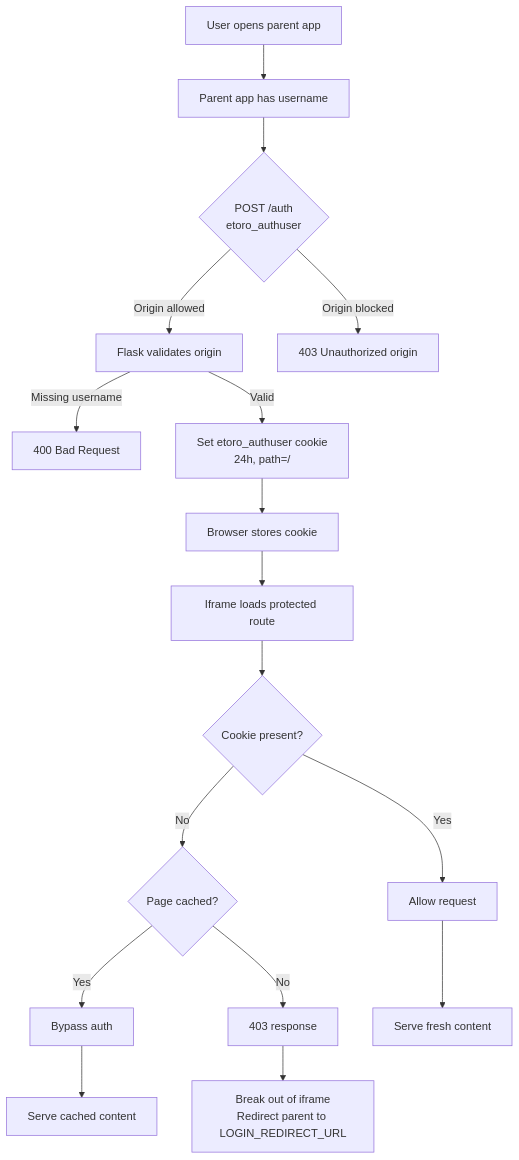
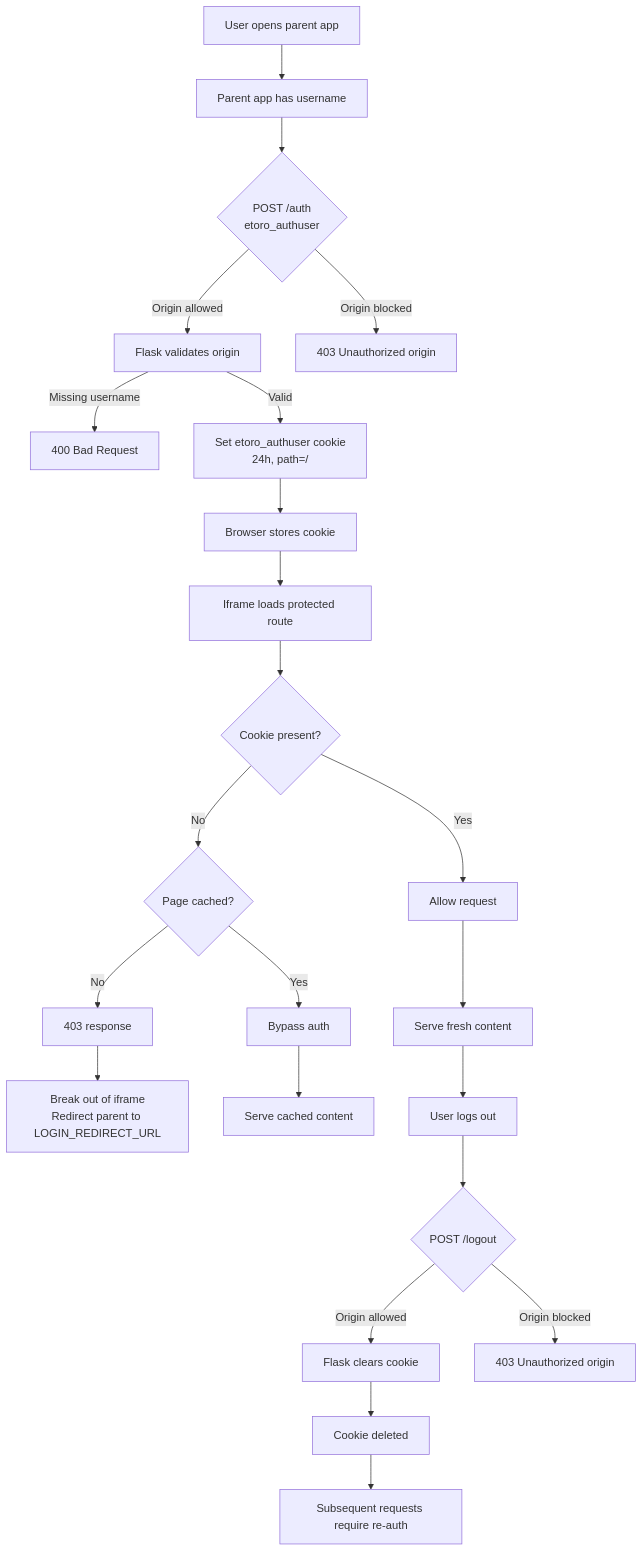
The diagram in AUTH.md (AlphaSentra/alphasentra-functions), drawn with Mermaid before and after one commit. The commit also changed other lines of this file and 3 other files, not shown here.

````diff
--- a/AUTH.md
+++ b/AUTH.md
@@ -34,19 +38,25 @@
 ```mermaid
 flowchart TD
     A[User opens parent app] --> B[Parent app has username]
     B --> C{POST /auth<br/>etoro_authuser}
     C -->|Origin allowed| D[Flask validates origin]
     C -->|Origin blocked| E[403 Unauthorized origin]
     D -->|Missing username| F[400 Bad Request]
     D -->|Valid| G[Set etoro_authuser cookie<br/>24h, path=/]
     G --> H[Browser stores cookie]
     H --> I[Iframe loads protected route]
     I --> J{Cookie present?}
     J -->|Yes| K[Allow request]
     J -->|No| L{Page cached?}
     L -->|Yes| M[Bypass auth]
     L -->|No| N[403 response]
     N --> O[Break out of iframe<br/>Redirect parent to LOGIN_REDIRECT_URL]
     M --> P[Serve cached content]
     K --> Q[Serve fresh content]
+    Q --> R[User logs out]
+    R --> S{POST /logout}
+    S -->|Origin allowed| T[Flask clears cookie]
+    S -->|Origin blocked| U[403 Unauthorized origin]
+    T --> V[Cookie deleted]
+    V --> W[Subsequent requests require re-auth]
 ```
````
